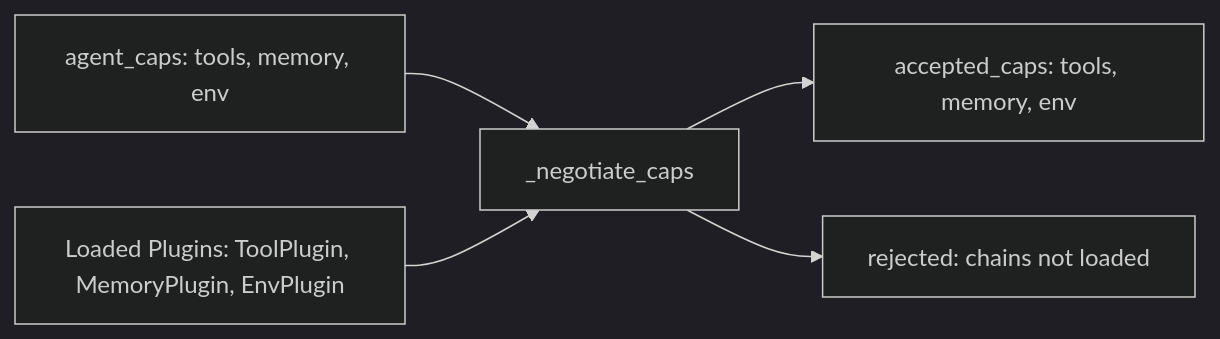
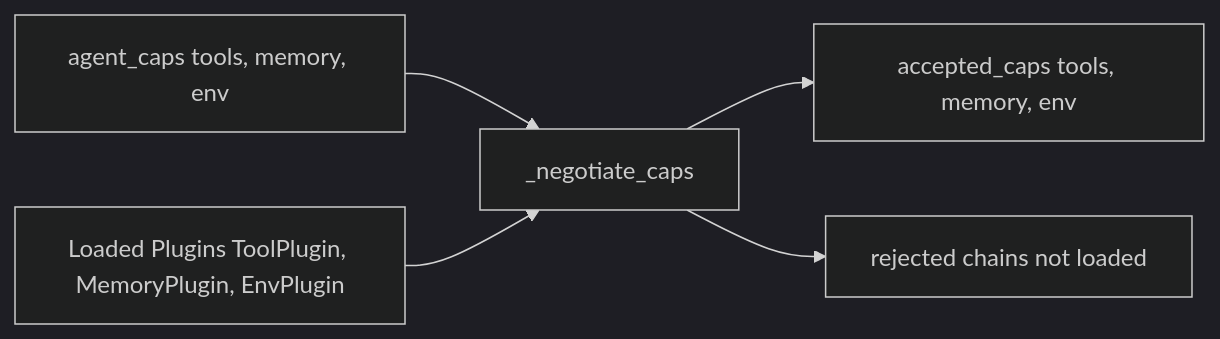
One commit to a2eprotocol/python-sdk changed the diagram in codewiki/protocol-spec/capability-negotiation.md. Above: the diagram before and after it, drawn with Mermaid (dark theme). The commit also changed 7 other files, not shown here.

````diff
--- a/codewiki/protocol-spec/capability-negotiation.md
+++ b/codewiki/protocol-spec/capability-negotiation.md
@@ -9,7 +9,7 @@
 ```mermaid
 flowchart LR
-    AC[agent_caps: tools, memory, env] --> NEG[_negotiate_caps]
-    PL[Loaded Plugins: ToolPlugin, MemoryPlugin, EnvPlugin] --> NEG
-    NEG --> ACC[accepted_caps: tools, memory, env]
-    NEG --> REJ[rejected: chains not loaded]
+    AC[agent_caps tools, memory, env] --> NEG[_negotiate_caps]
+    PL[Loaded Plugins ToolPlugin, MemoryPlugin, EnvPlugin] --> NEG
+    NEG --> ACC[accepted_caps tools, memory, env]
+    NEG --> REJ[rejected chains not loaded]
 ```
````
